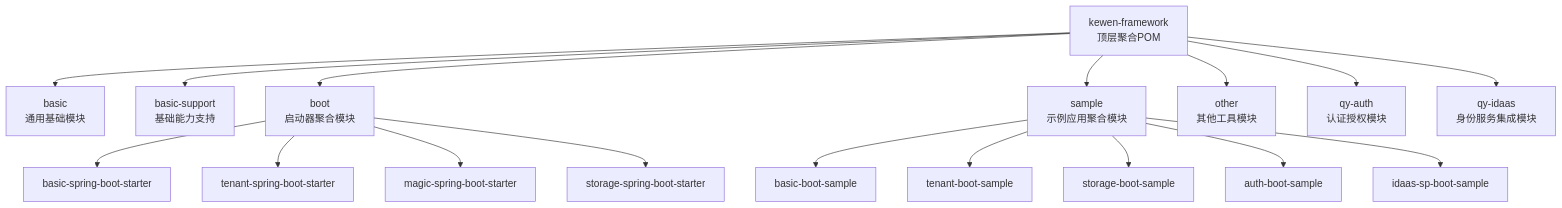
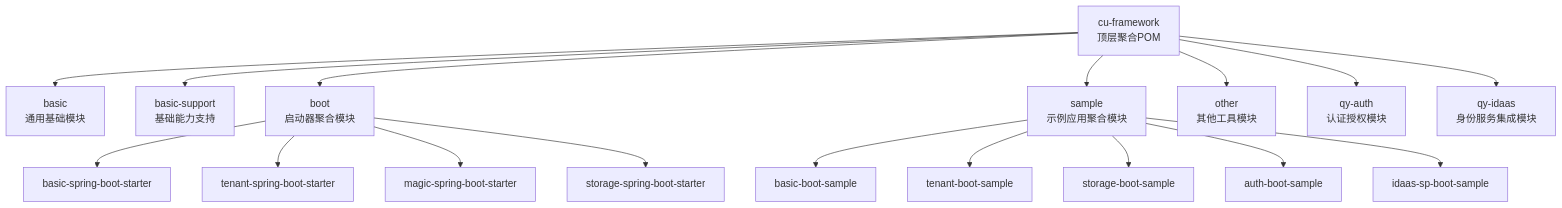
The first of 3 diagrams in .qoder/repowiki/zh/content/开发指南/开发环境搭建.md (LiukewenSC/kewen-framework), drawn with Mermaid before and after one commit. The commit also changed other lines of this file and 764 other files, not shown here.

````diff
--- a/.qoder/repowiki/zh/content/开发指南/开发环境搭建.md
+++ b/.qoder/repowiki/zh/content/开发指南/开发环境搭建.md
@@ -44,19 +44,19 @@
 ```mermaid
 graph TB
-root["kewen-framework<br/>顶层聚合POM"] --> basic["basic<br/>通用基础模块"]
+root["cu-framework<br/>顶层聚合POM"] --> basic["basic<br/>通用基础模块"]
 root --> support["basic-support<br/>基础能力支持"]
 root --> boot["boot<br/>启动器聚合模块"]
 root --> sample["sample<br/>示例应用聚合模块"]
 root --> other["other<br/>其他工具模块"]
 root --> auth["qy-auth<br/>认证授权模块"]
 root --> idaas["qy-idaas<br/>身份服务集成模块"]
 boot --> bs_boot["basic-spring-boot-starter"]
 boot --> ts_boot["tenant-spring-boot-starter"]
 boot --> ms_boot["magic-spring-boot-starter"]
 boot --> ss_boot["storage-spring-boot-starter"]
 sample --> sb_sample["basic-boot-sample"]
 sample --> ta_sample["tenant-boot-sample"]
 sample --> st_sample["storage-boot-sample"]
 sample --> ab_sample["auth-boot-sample"]
 sample --> is_sample["idaas-sp-boot-sample"]
 ```
````
